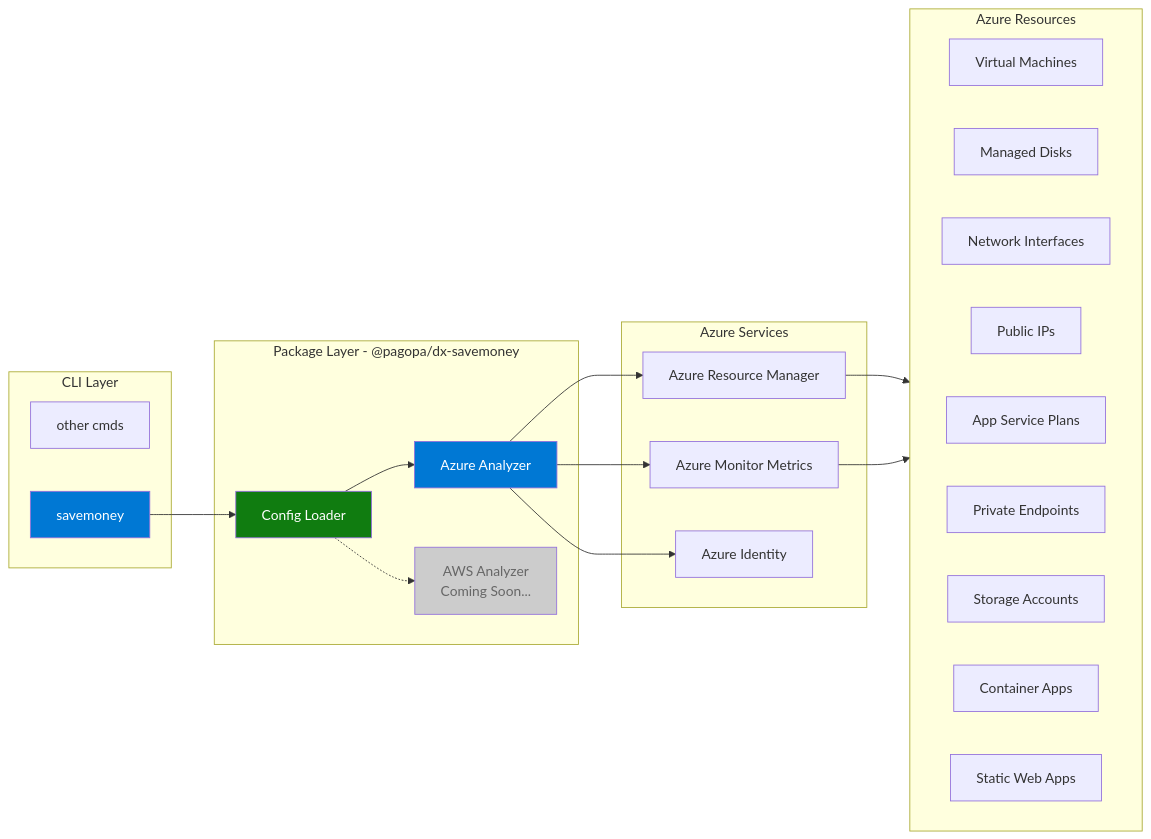
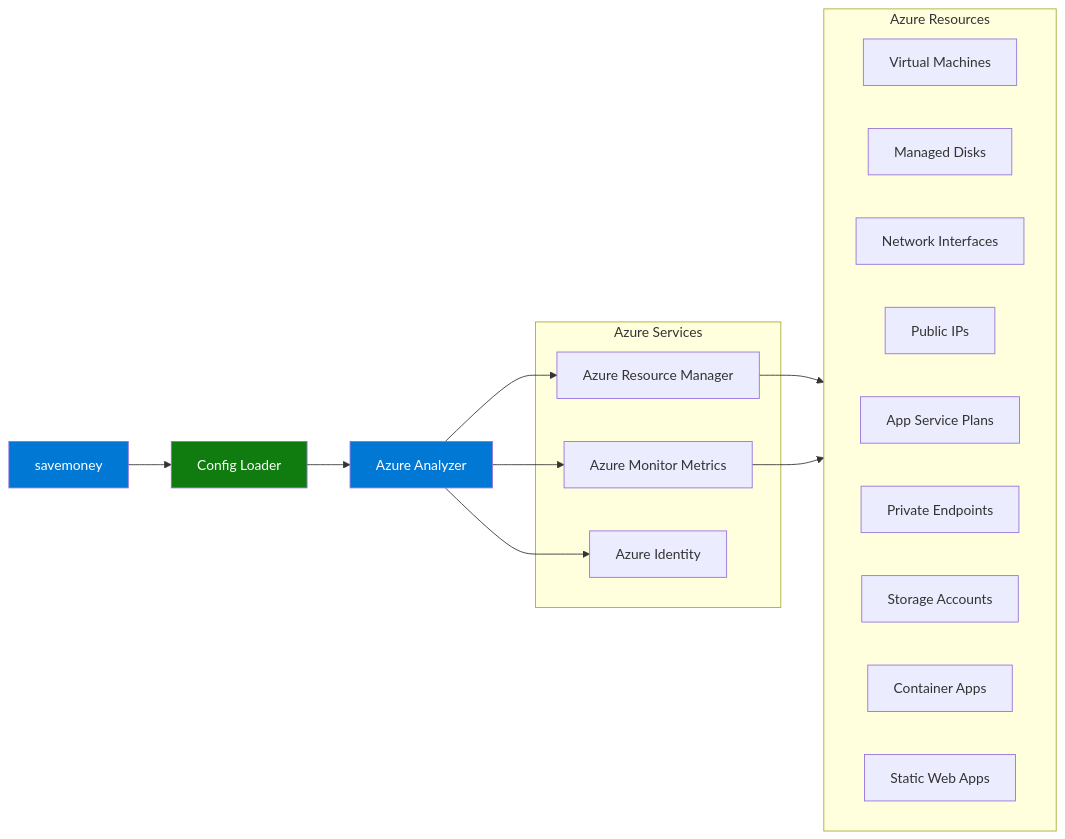
One commit to pagopa/dx changed the diagram in packages/savemoney/README.md. Above: the diagram before and after it, drawn with Mermaid. The commit also changed other lines of this file and 32 other files, not shown here.

Commit message:
feat(savemoney): add dedicated analyze CLI

````diff
--- a/packages/savemoney/README.md
+++ b/packages/savemoney/README.md
@@ -20,41 +58,30 @@
 ```mermaid
 flowchart LR
-    subgraph cli["CLI Layer"]
-        CMDs[other cmds]
-        CLI[savemoney]
-    end
-    subgraph pkg["Package Layer - @pagopa/dx-savemoney"]
-        Config[Config Loader]
-        Azure[Azure Analyzer]
-        AWS[AWS Analyzer<br/>Coming Soon...]
-    end
+    CLI[savemoney] --> Config[Config Loader]
+    Config --> Azure[Azure Analyzer]
     subgraph svc["Azure Services"]
         ARM[Azure Resource Manager]
         Monitor[Azure Monitor Metrics]
         Identity[Azure Identity]
     end
     subgraph rsc["Azure Resources"]
         direction LR
         VM[Virtual Machines]
         Disk[Managed Disks]
         NIC[Network Interfaces]
         IP[Public IPs]
         ASP[App Service Plans]
         PE[Private Endpoints]
         SA[Storage Accounts]
         CA[Container Apps]
         SS[Static Web Apps]
     end
-    CLI --> Config
-    Config --> Azure
-    Config -.-> AWS
     Azure --> ARM
     Azure --> Monitor
     Azure --> Identity
     ARM --> rsc
     Monitor --> rsc
     style CLI fill:#0078d4,color:#fff
     style Azure fill:#0078d4,color:#fff
-    style AWS fill:#ccc,color:#666
     style Config fill:#107c10,color:#fff
 ```
````
